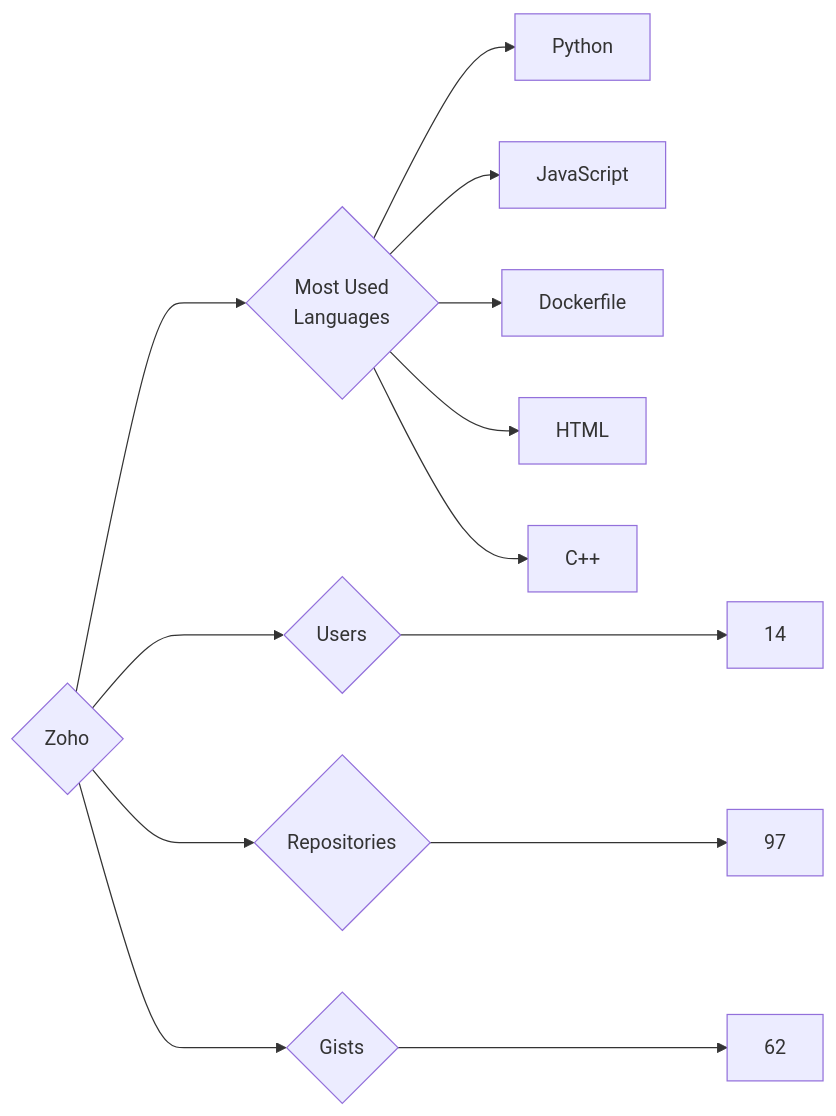
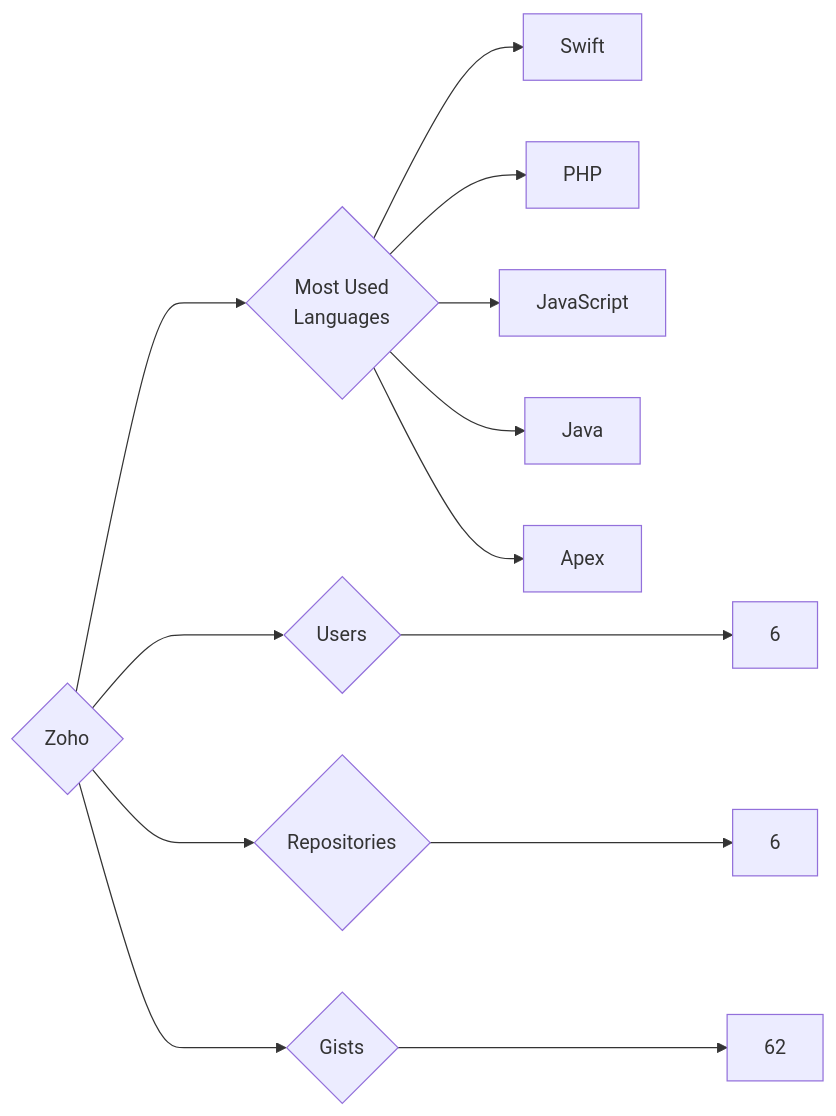
Before and after one commit to trickest/insiders: the diagram in targets/Zoho/README.md, drawn with Mermaid. The commit also changed 1248 other files, not shown here.

````diff
--- a/targets/Zoho/README.md
+++ b/targets/Zoho/README.md
@@ -3,13 +3,13 @@
 ```mermaid
 graph LR
 COMPANY_NAME{Zoho}
-COMPANY_NAME ---> U{Users} ---> UN[14]
-COMPANY_NAME ---> R{Repositories} ---> RN[97]
+COMPANY_NAME ---> U{Users} ---> UN[6]
+COMPANY_NAME ---> R{Repositories} ---> RN[6]
 COMPANY_NAME ---> G{Gists} ---> GN[62]
 COMPANY_NAME ---> ML{Most Used<br>Languages}
-ML --> Python[Python]
+ML --> Swift[Swift]
+ML --> PHP[PHP]
 ML --> JavaScript[JavaScript]
-ML --> Dockerfile[Dockerfile]
-ML --> HTML[HTML]
-ML --> C++[C++]
+ML --> Java[Java]
+ML --> Apex[Apex]
 ```
````
